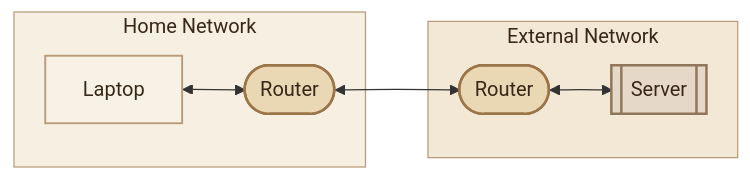
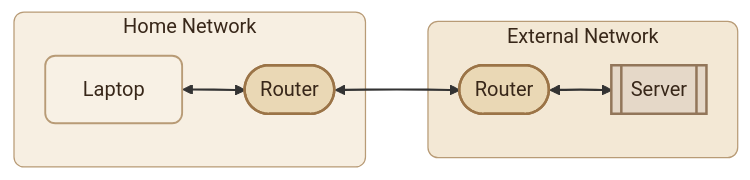
The fourth of 6 diagrams in content/networking/what-is-a-computer-network.mdx (mustafammasoud/ops-handbook), drawn with Mermaid before and after one commit. The commit also changed other lines of this file and 7 other files, not shown here.

````diff
--- a/content/networking/what-is-a-computer-network.mdx
+++ b/content/networking/what-is-a-computer-network.mdx
@@ -187,27 +194,28 @@
 ```mermaid
 flowchart LR
     subgraph A["Home Network"]
         L[" Laptop"]
         R1(["Router"])
         L <--> R1
     end
 
     subgraph B["External Network"]
         R2(["Router"])
         S[[" Server"]]
         R2 <--> S
     end
 
     R1 <--> R2
 
-    classDef device fill:#F8F1E5,stroke:#B89B76,color:#382719,stroke-width:1.5px
-    classDef router fill:#EAD8B5,stroke:#9B7447,color:#382719,stroke-width:2px
-    classDef server fill:#E5D8C8,stroke:#92765A,color:#382719,stroke-width:2px
+    classDef device fill:#F8F1E5,stroke:#B89B76,color:#382719,stroke-width:1.5px,rx:8,ry:8
+    classDef router fill:#EAD8B5,stroke:#9B7447,color:#382719,stroke-width:2px,rx:8,ry:8
+    classDef server fill:#E5D8C8,stroke:#92765A,color:#382719,stroke-width:2px,rx:8,ry:8
 
     class L device
     class R1,R2 router
     class S server
 
-    style A fill:#F7EFE2,stroke:#B89B76,color:#382719
-    style B fill:#F3E8D5,stroke:#B89B76,color:#382719
+    style A fill:#F7EFE2,stroke:#B89B76,color:#382719,rx:8,ry:8
+    style B fill:#F3E8D5,stroke:#B89B76,color:#382719,rx:8,ry:8
+    linkStyle default stroke-width:1.7px
 ```
````
